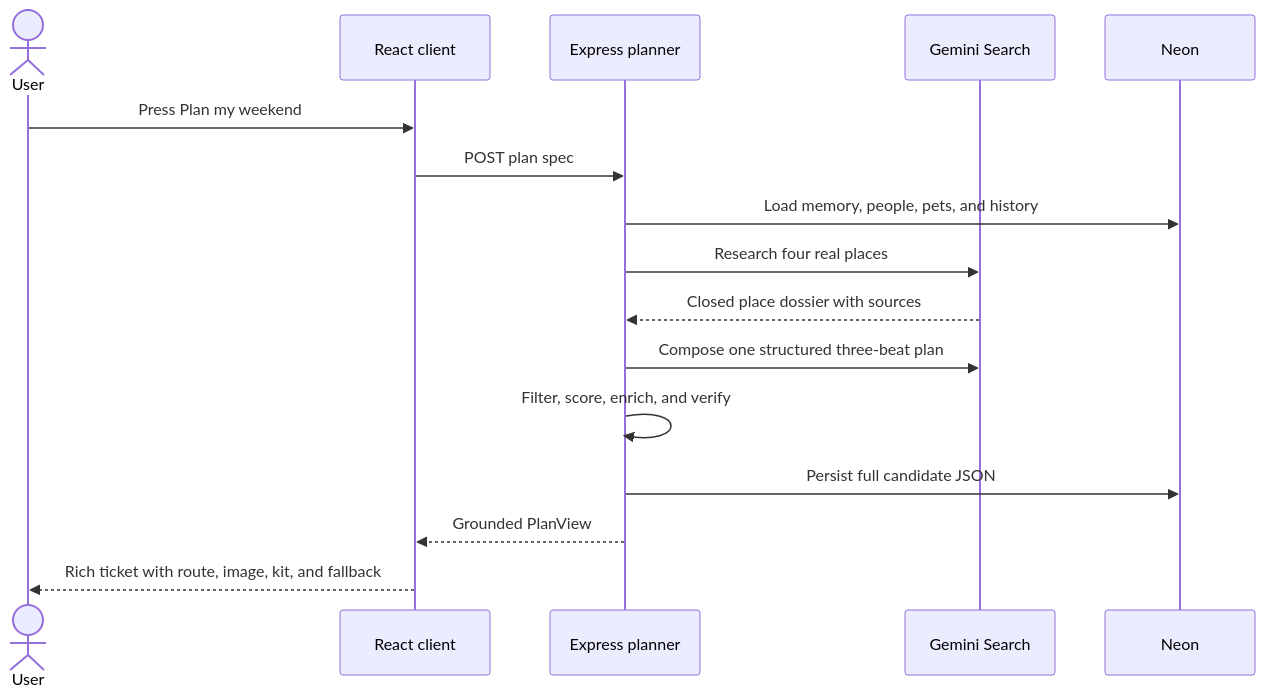
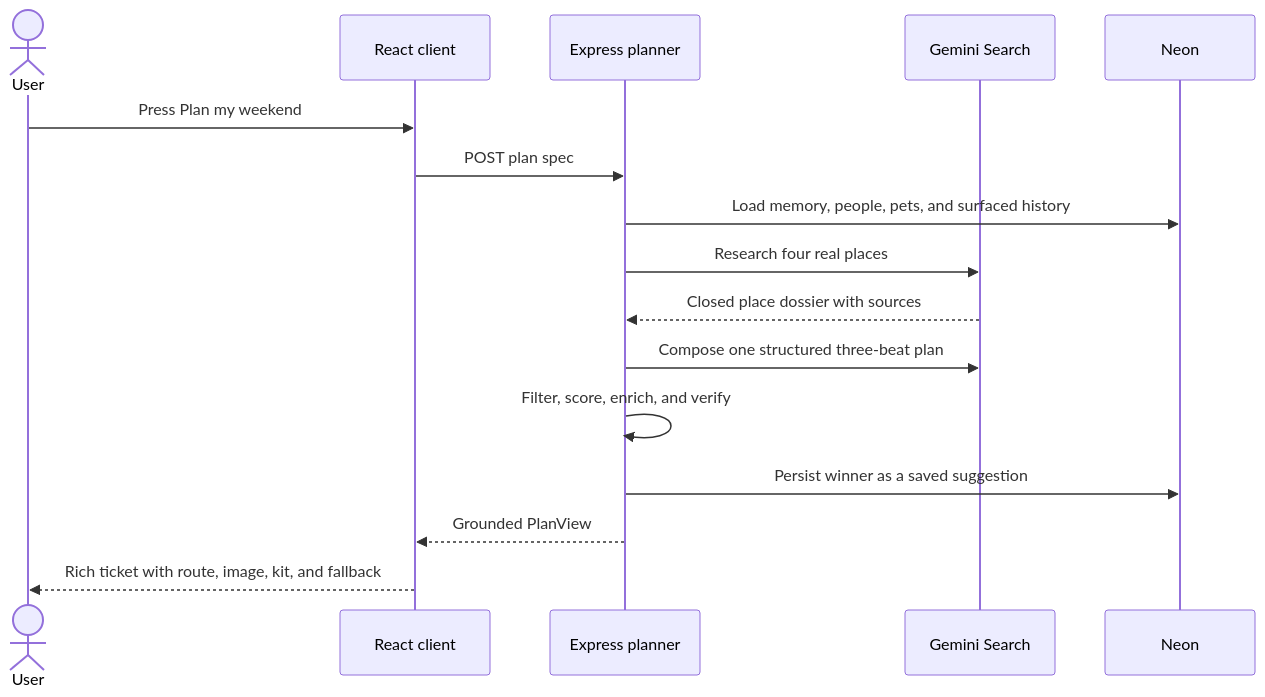
One commit to dmcaetano/planbuddy changed the second of 3 diagrams in DESCRIPTION.md. Above: the diagram before and after it, drawn with Mermaid. The commit also changed other lines of this file and 22 other files, not shown here.

Commit message:
feat: remember every surfaced suggestion

````diff
--- a/DESCRIPTION.md
+++ b/DESCRIPTION.md
@@ -78,18 +82,18 @@
 ```mermaid
 sequenceDiagram
     actor U as User
     participant F as React client
     participant B as Express planner
     participant G as Gemini Search
     participant D as Neon
     U->>F: Press Plan my weekend
     F->>B: POST plan spec
-    B->>D: Load memory, people, pets, and history
+    B->>D: Load memory, people, pets, and surfaced history
     B->>G: Research four real places
     G-->>B: Closed place dossier with sources
     B->>G: Compose one structured three-beat plan
     B->>B: Filter, score, enrich, and verify
-    B->>D: Persist full candidate JSON
+    B->>D: Persist winner as a saved suggestion
     B-->>F: Grounded PlanView
     F-->>U: Rich ticket with route, image, kit, and fallback
 ```
````
